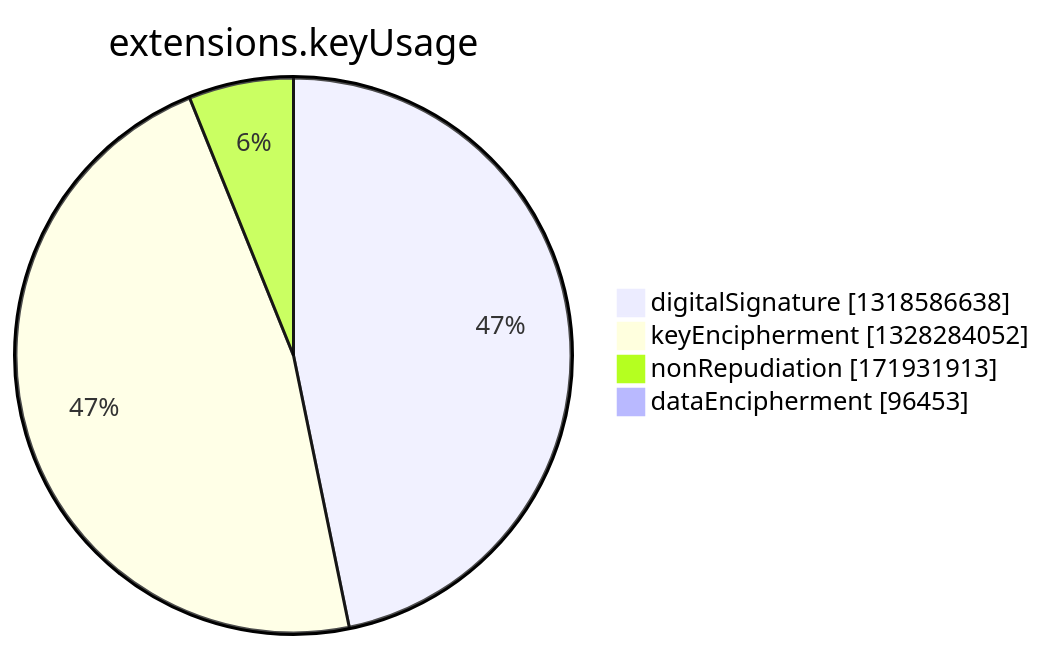
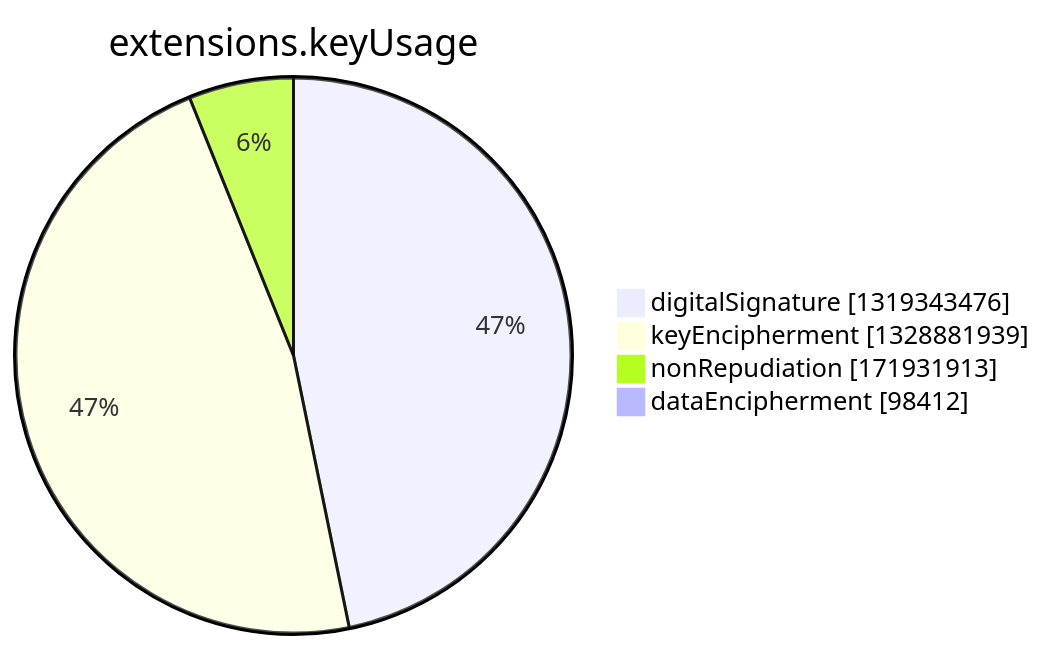
Before and after one commit to christiankrug/ctmonitor_visualization: the seventh of 15 diagrams in argon2022/README.md, drawn with Mermaid. The commit also changed other lines of this file, not shown here.

````diff
--- a/argon2022/README.md
+++ b/argon2022/README.md
@@ -2750,8 +2750,8 @@
 ```mermaid
 pie showData
 title extensions.keyUsage
-"digitalSignature" :1318586638
-"keyEncipherment" :1328284052
+"digitalSignature" :1319343476
+"keyEncipherment" :1328881939
 "nonRepudiation" :171931913
-"dataEncipherment" :96453
+"dataEncipherment" :98412
 ```
````
